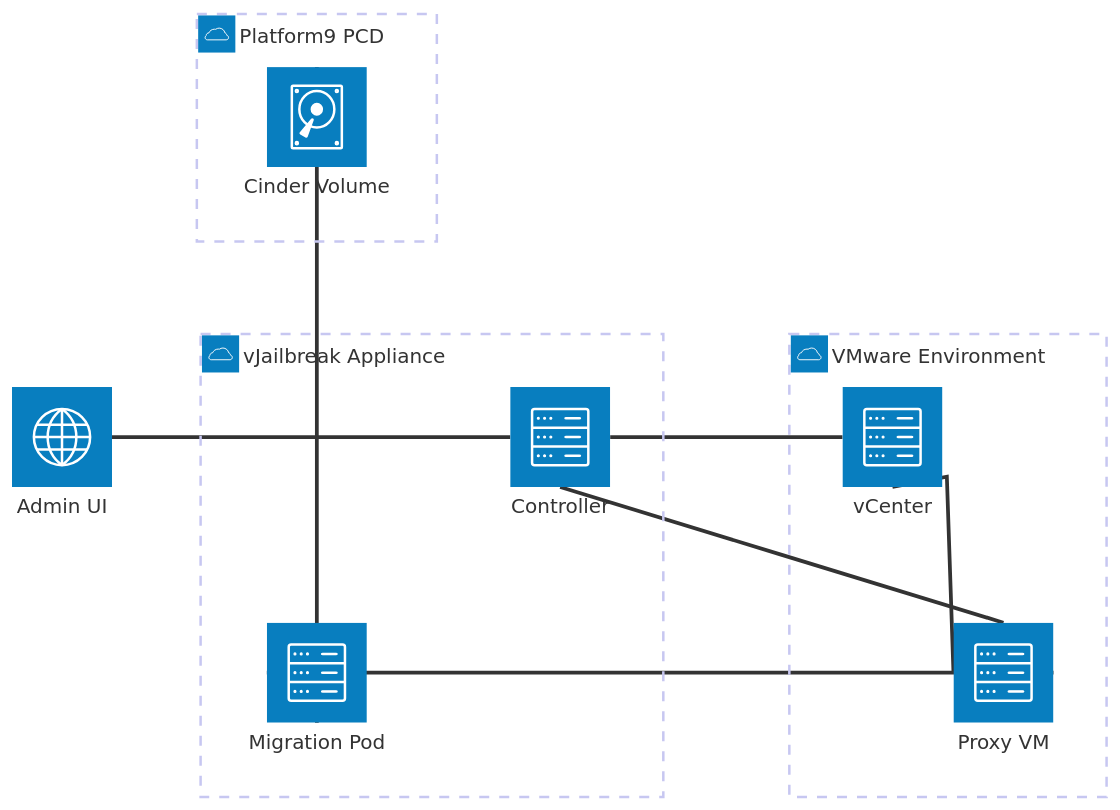
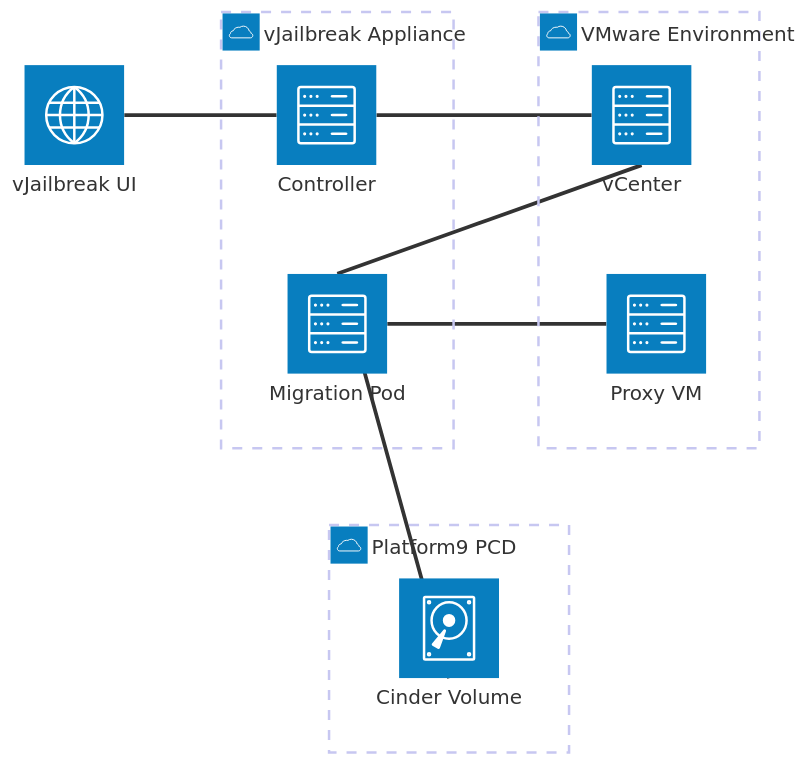
The first of 2 diagrams in docs/src/content/docs/concepts/vjailbreak-accelerated-copy.md (platform9/vjailbreak), drawn with Mermaid before and after one commit. The commit also changed other lines of this file, not shown here.

Commit message:
[DOC] Removing the obsolete edge (#24)

````diff
--- a/docs/src/content/docs/concepts/vjailbreak-accelerated-copy.md
+++ b/docs/src/content/docs/concepts/vjailbreak-accelerated-copy.md
@@ -300,22 +300,19 @@
 ```mermaid
 architecture-beta
-    service admin(internet)[Admin UI]
+    group pcd(cloud)[Platform9 PCD]
+    group vjb(cloud)[vJailbreak Appliance]
+    group vmw(cloud)[VMware Environment]
 
-    group vjb(cloud)[vJailbreak Appliance]
-        service ctrl(server)[Controller] in vjb
-        service pod(server)[Migration Pod] in vjb
-
-    group vmw(cloud)[VMware Environment]
-        service vc(server)[vCenter] in vmw
-        service proxy(server)[Proxy VM] in vmw
-
-    group pcd(cloud)[Platform9 PCD]
-        service os(disk)[Cinder Volume] in pcd
+    service admin(internet)[vJailbreak UI]
+    service os(disk)[Cinder Volume] in pcd
+    service ctrl(server)[Controller] in vjb
+    service pod(server)[Migration Pod] in vjb
+    service vc(server)[vCenter] in vmw
+    service proxy(server)[Proxy VM] in vmw
 
     admin:R -- L:ctrl
     ctrl:R -- L:vc
-    ctrl:B -- T:proxy
-    vc:B -- L:proxy
-    pod:L -- R:proxy
-    pod:B -- T:os
+    os:B -- T:pod
+    pod:R -- L:proxy
+    pod:T -- B:vc
 ```
````
